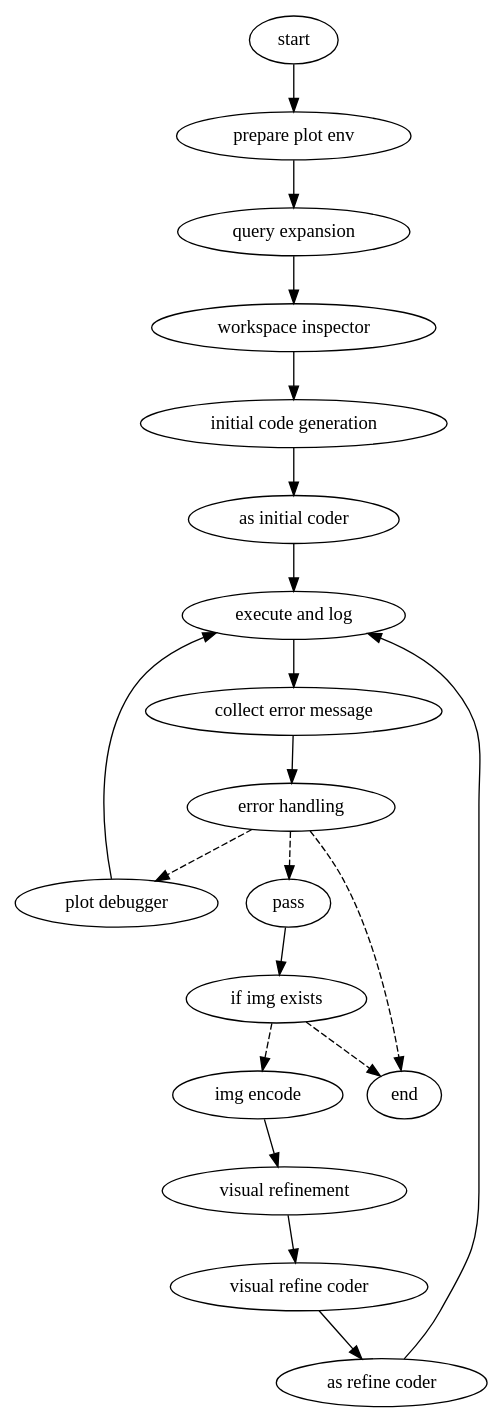
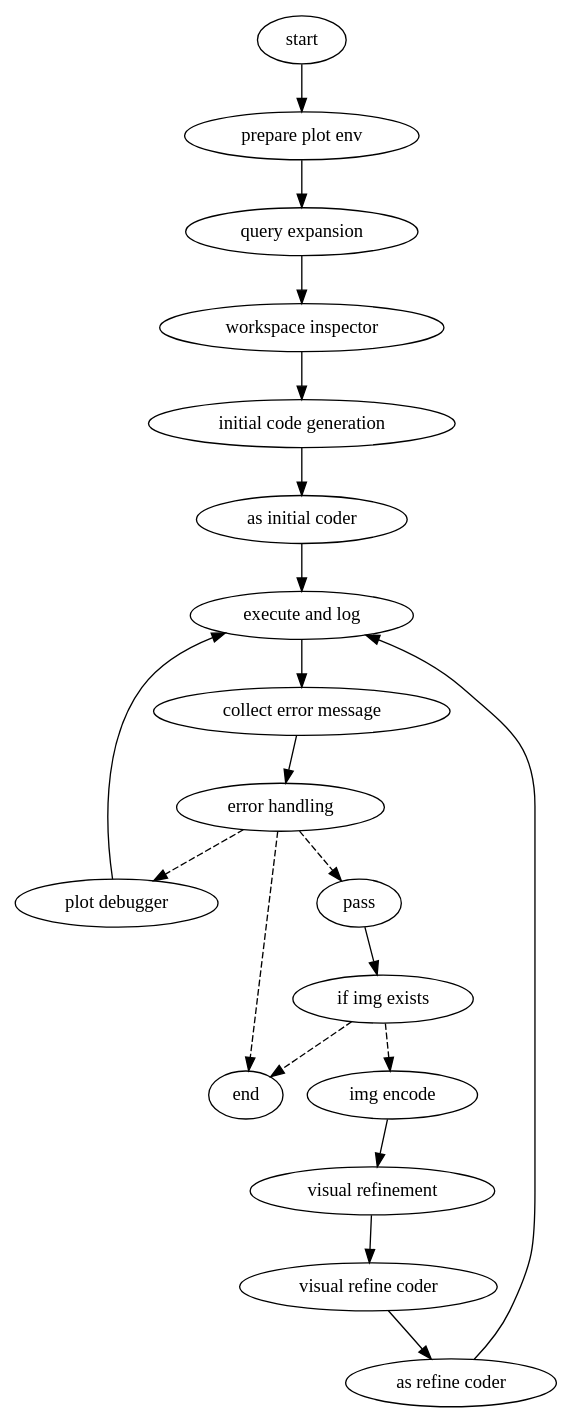
One commit to jiange91/lm_compiler changed the diagram in examples/matplot_agent/matplot_flow_viz/Digraph.gv. Above: the diagram before and after it, drawn with Graphviz. The commit also changed other lines of this file and 747 other files, not shown here.

```diff
--- a/examples/matplot_agent/matplot_flow_viz/Digraph.gv
+++ b/examples/matplot_agent/matplot_flow_viz/Digraph.gv
@@ -1,23 +1,23 @@
 digraph {
 	compound=true
 	_matplot_cluster_ancor [fixedsize=true height=0 style=invis width=0]
 	start -> "prepare plot env"
 	"prepare plot env" -> "query expansion"
 	"query expansion" -> "workspace inspector"
 	"workspace inspector" -> "initial code generation"
 	"initial code generation" -> "as initial coder"
 	"as initial coder" -> "execute and log"
 	"plot debugger" -> "execute and log"
 	"as refine coder" -> "execute and log"
 	"execute and log" -> "collect error message"
 	"collect error message" -> "error handling"
 	"error handling" -> "plot debugger" [style=dashed]
+	"error handling" -> end [style=dashed]
 	"error handling" -> pass [style=dashed]
-	"error handling" -> end [style=dashed]
 	"if img exists" -> end [style=dashed]
 	"if img exists" -> "img encode" [style=dashed]
 	pass -> "if img exists"
 	"img encode" -> "visual refinement"
 	"visual refinement" -> "visual refine coder"
 	"visual refine coder" -> "as refine coder"
 }
```
